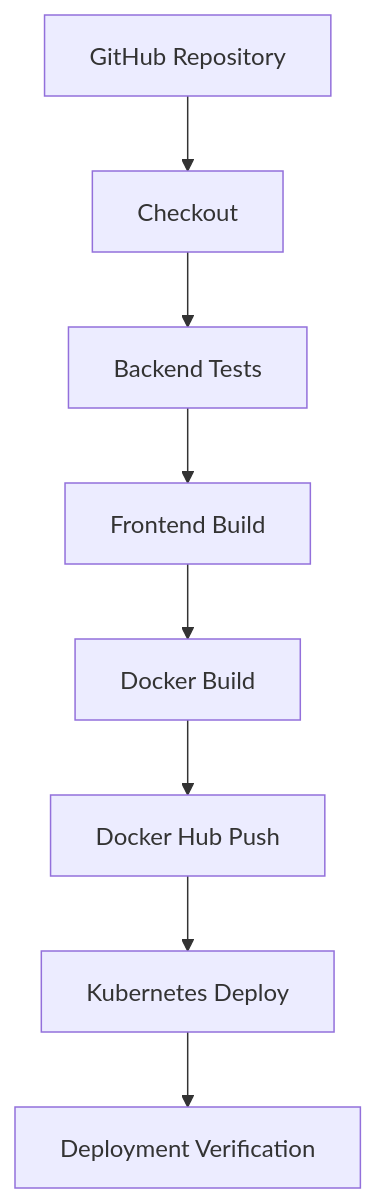
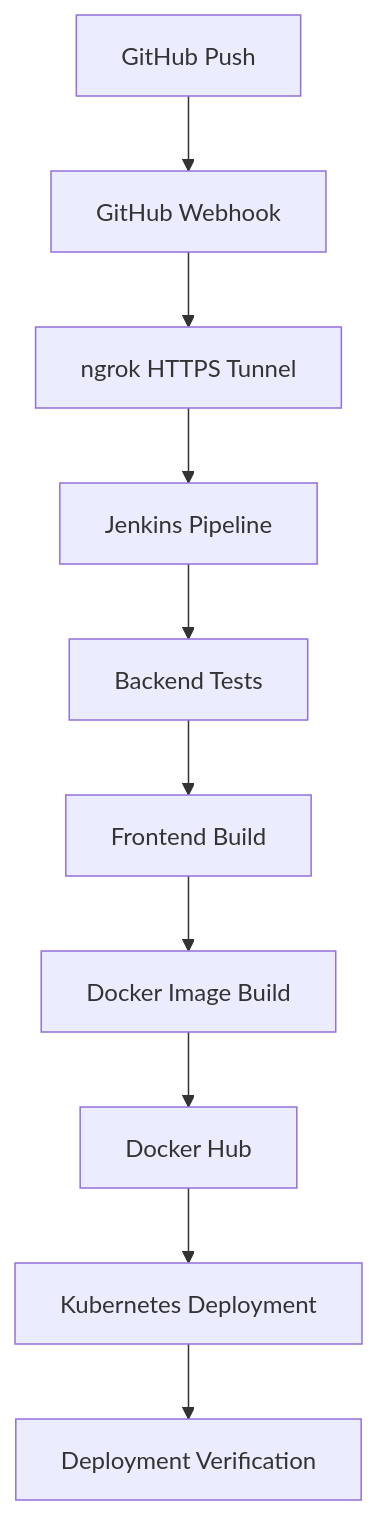
The second of 2 diagrams in README.md (chowgulesonakshi-lab/CloudVault2), drawn with Mermaid before and after one commit. The commit also changed other lines of this file, not shown here.

````diff
--- a/README.md
+++ b/README.md
@@ -275,10 +58,12 @@
 ```mermaid
 flowchart TD
-    A[GitHub Repository] --> B[Checkout]
-    B --> C[Backend Tests]
-    C --> D[Frontend Build]
-    D --> E[Docker Build]
-    E --> F[Docker Hub Push]
-    F --> G[Kubernetes Deploy]
-    G --> H[Deployment Verification]
+    A[GitHub Push] --> B[GitHub Webhook]
+    B --> C[ngrok HTTPS Tunnel]
+    C --> D[Jenkins Pipeline]
+    D --> E[Backend Tests]
+    E --> F[Frontend Build]
+    F --> G[Docker Image Build]
+    G --> I[Docker Hub]
+    I --> J[Kubernetes Deployment]
+    J --> K[Deployment Verification]
 ```
````
